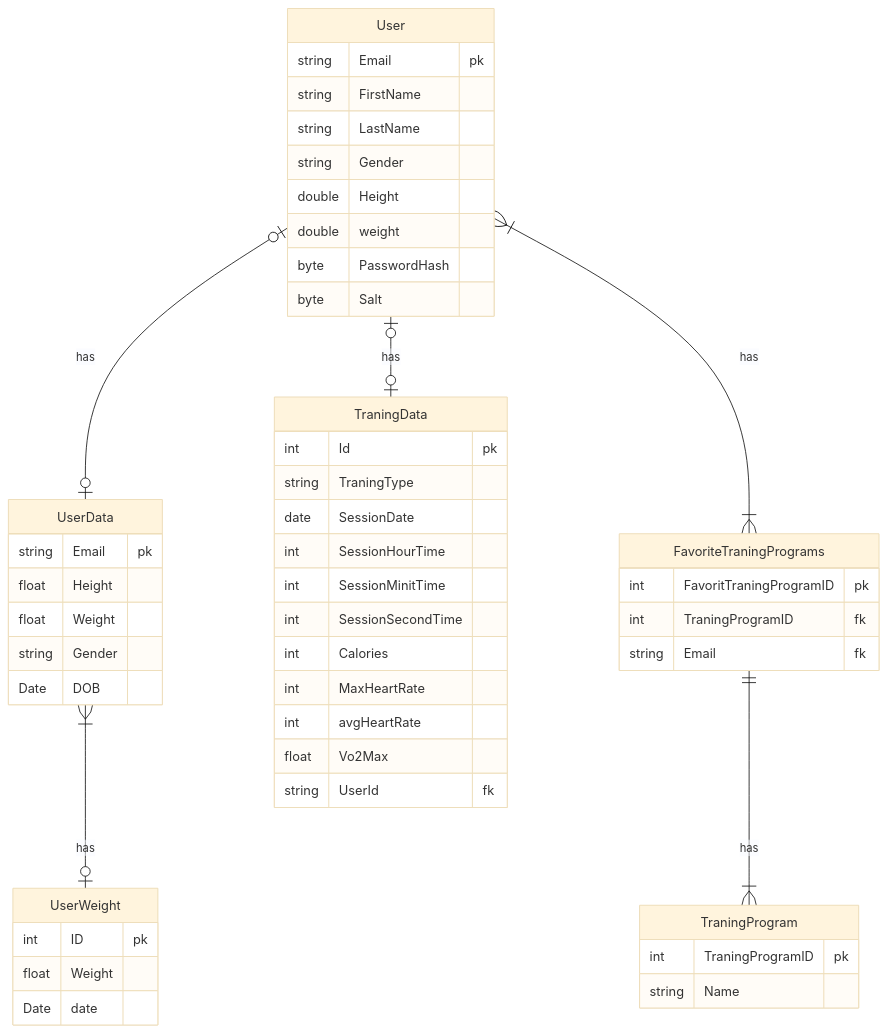
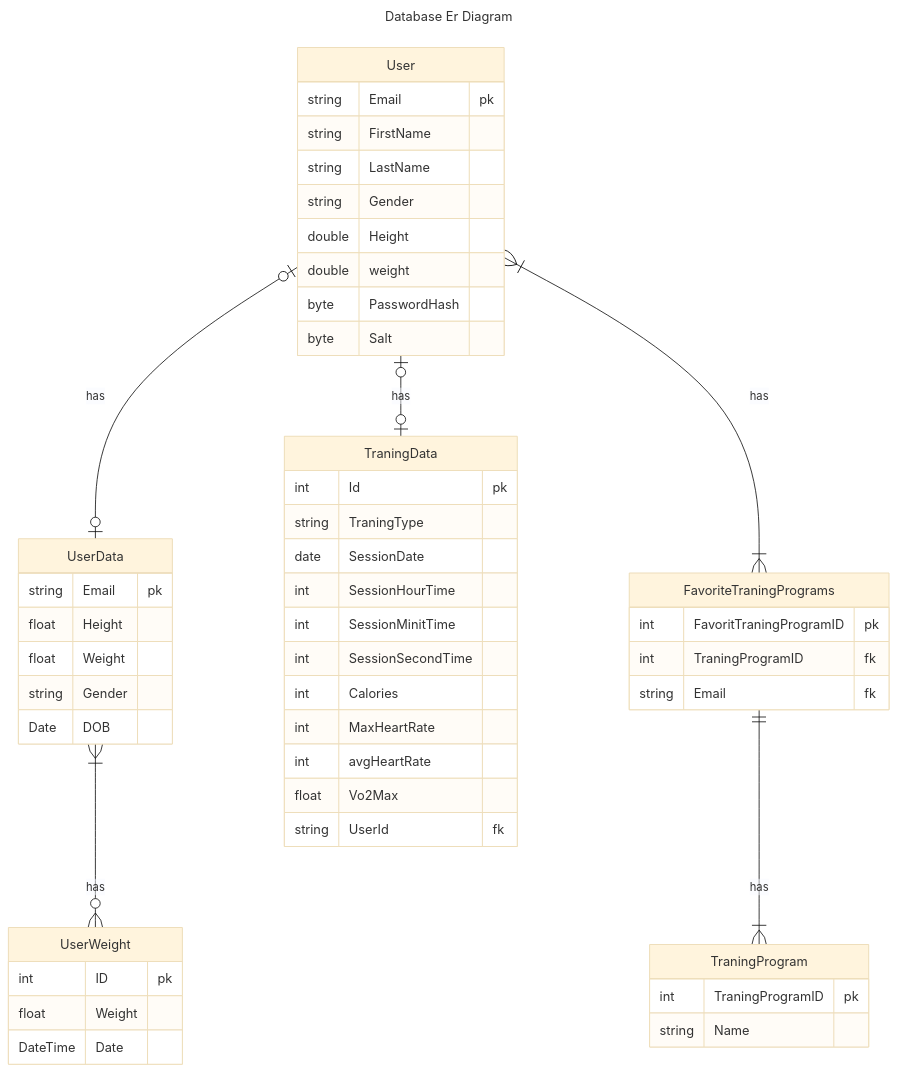
One commit to kamar-dk/Sem.Project4 changed the second of 2 diagrams in Diagrammer/Database/Nyt Database diagram.md. Above: the diagram before and after it, drawn with Mermaid (base theme). The commit also changed other lines of this file and 1 other file, not shown here.

Commit message:
Update Er Diagram

````diff
--- a/Diagrammer/Database/Nyt Database diagram.md
+++ b/Diagrammer/Database/Nyt Database diagram.md
@@ -1,66 +28,65 @@
 ```mermaid
+---
+title: Database Er Diagram
+---
 erDiagram
     User{
         string Email pk
         string FirstName
         string LastName
         string Gender
         double Height
         double weight
         byte PasswordHash
         byte Salt
     }
     
     User |o--o| UserData : has
     User |o--o| TraningData : has
     User }|--|{ FavoriteTraningPrograms : has
 
     UserData {
         string Email pk
         float Height
         float Weight
         string Gender
         Date DOB
     }
 
-    UserData }|--o| UserWeight : has
-
-    UserWeight{
+    UserWeight {
         int ID pk
         float Weight
-        Date date
+        DateTime Date
     }
+
+    UserData }|--o{ UserWeight : has
     
     TraningData {
         int Id pk
         string TraningType
         date SessionDate
         int SessionHourTime
         int SessionMinitTime
         int SessionSecondTime
         int Calories
         int MaxHeartRate
         int avgHeartRate
         float Vo2Max
         string UserId fk
     }
 
     TraningProgram {
         int TraningProgramID pk
         string Name
     }
 
     FavoriteTraningPrograms ||--|{ TraningProgram : has
 
     FavoriteTraningPrograms {
         int FavoritTraningProgramID pk
         int TraningProgramID fk
         string Email fk
 
     }
 
-
-
-
-
 ```
````
